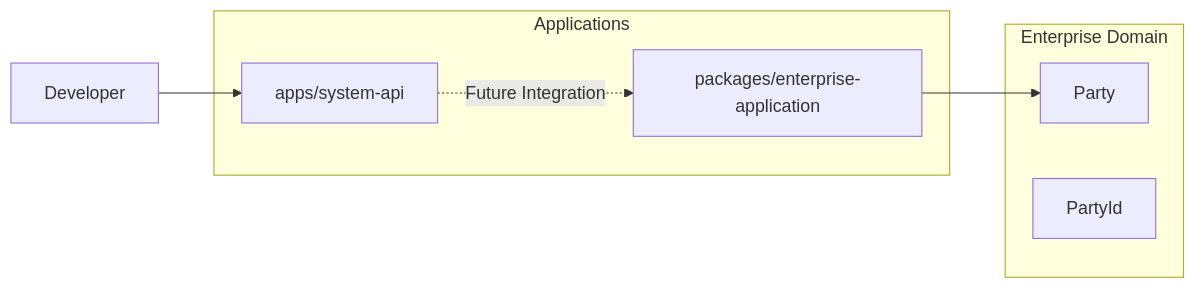
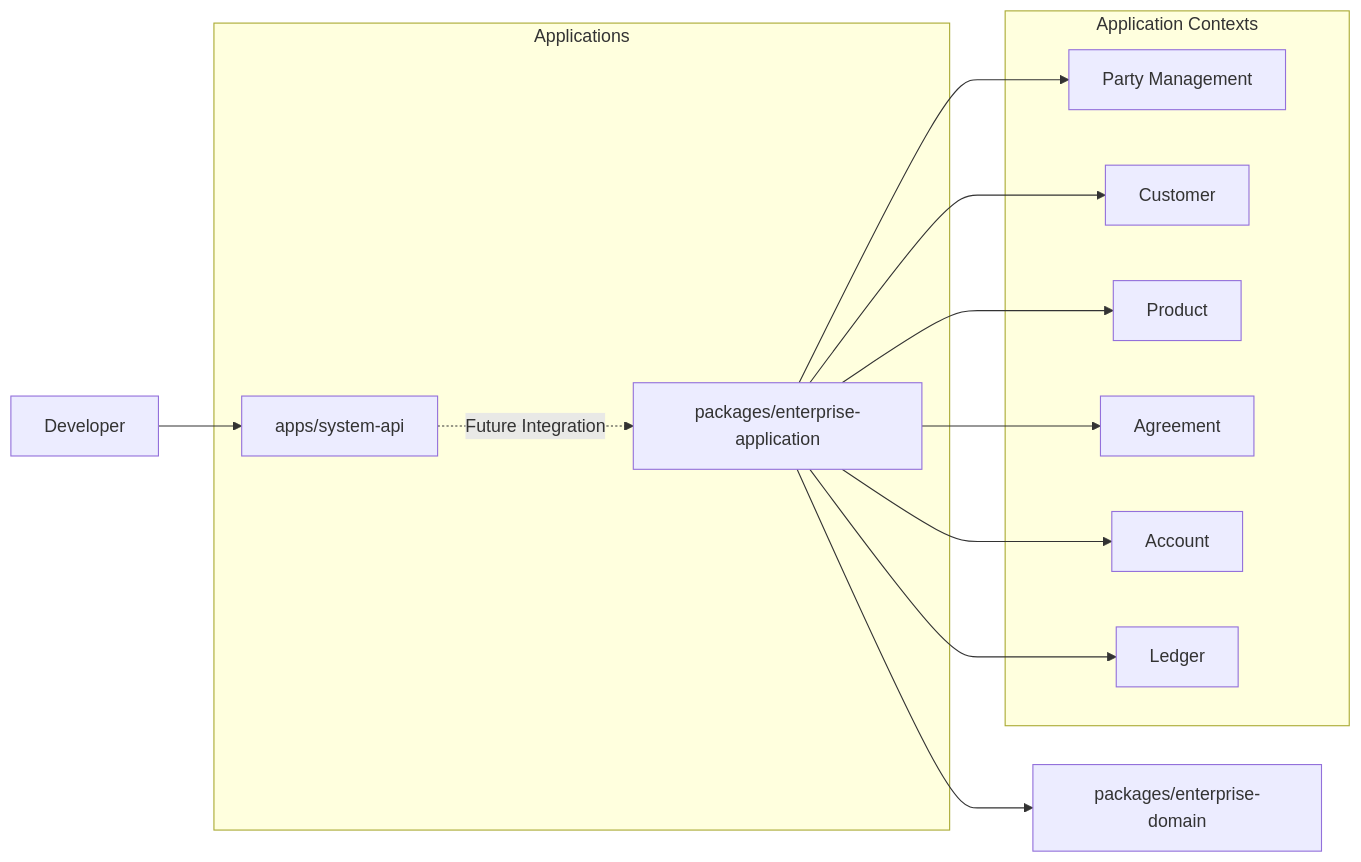
Before and after one commit to vishchandran/epos: the first of 8 diagrams in docs/architecture/software-architecture.md, drawn with Mermaid. The commit also changed other lines of this file and 7 other files, not shown here.

````diff
--- a/docs/architecture/software-architecture.md
+++ b/docs/architecture/software-architecture.md
@@ -24,21 +24,32 @@
 ```mermaid
 flowchart LR
 
 Developer[Developer]
 
 Developer --> SystemAPI
 
 subgraph Applications
 SystemAPI["apps/system-api"]
 Application["packages/enterprise-application"]
 end
 
-subgraph Enterprise Domain
-Party["Party"]
-PartyId["PartyId"]
+subgraph Application Contexts
+PartyApp["Party Management"]
+CustomerApp["Customer"]
+ProductApp["Product"]
+AgreementApp["Agreement"]
+AccountApp["Account"]
+LedgerApp["Ledger"]
 end
 
 SystemAPI -. Future Integration .-> Application
-Application --> Party
+Application --> PartyApp
+Application --> CustomerApp
+Application --> ProductApp
+Application --> AgreementApp
+Application --> AccountApp
+Application --> LedgerApp
+
+Application --> Domain["packages/enterprise-domain"]
 
 ```
````
